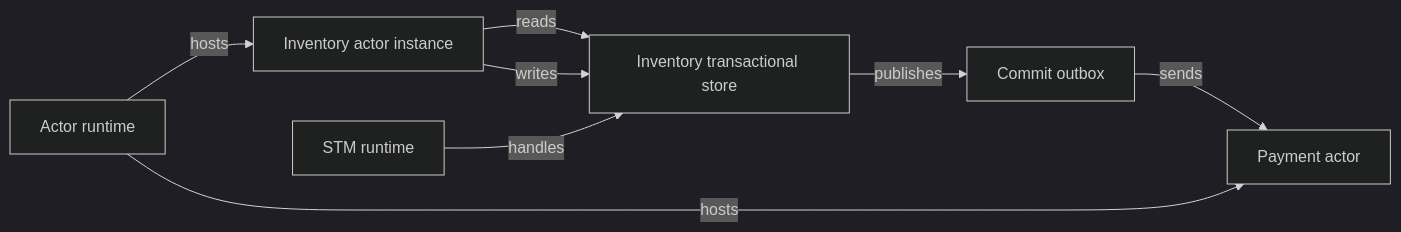
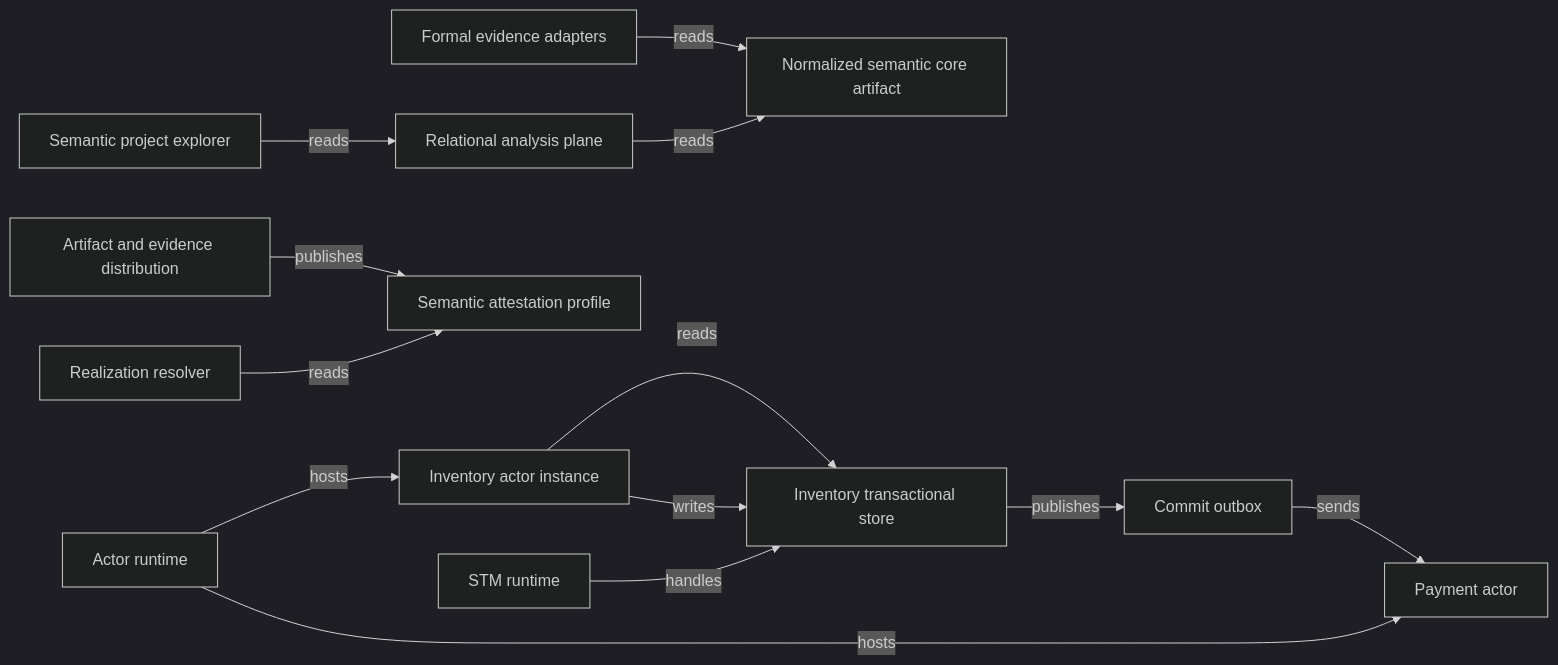
One commit to phibkro/semantic-systems changed the diagram in generated/07-runtime-view.md. Above: the diagram before and after it, drawn with Mermaid (dark theme). The commit also changed 7 other files, not shown here.

````diff
--- a/generated/07-runtime-view.md
+++ b/generated/07-runtime-view.md
@@ -7,16 +7,28 @@
 ```mermaid
 flowchart LR
+    artifact_normalized_core["Normalized semantic core artifact"]
+    component_artifact_distribution["Artifact and evidence distribution"]
+    component_explorer["Semantic project explorer"]
+    component_formal_evidence["Formal evidence adapters"]
+    component_relational_analysis["Relational analysis plane"]
+    component_resolver["Realization resolver"]
+    package_semantic_attestation_profile["Semantic attestation profile"]
     runtime_actors["Actor runtime"]
     runtime_inventory_actor["Inventory actor instance"]
     runtime_inventory_outbox["Commit outbox"]
     runtime_inventory_store["Inventory transactional store"]
     runtime_payment_actor["Payment actor"]
     runtime_stm["STM runtime"]
+    component_formal_evidence -->|reads| artifact_normalized_core
+    component_relational_analysis -->|reads| artifact_normalized_core
+    component_artifact_distribution -->|publishes| package_semantic_attestation_profile
+    component_resolver -->|reads| package_semantic_attestation_profile
+    component_explorer -->|reads| component_relational_analysis
     runtime_inventory_actor -->|reads| runtime_inventory_store
     runtime_inventory_actor -->|writes| runtime_inventory_store
     runtime_stm -->|handles| runtime_inventory_store
     runtime_inventory_store -->|publishes| runtime_inventory_outbox
     runtime_inventory_outbox -->|sends| runtime_payment_actor
     runtime_actors -->|hosts| runtime_inventory_actor
     runtime_actors -->|hosts| runtime_payment_actor
 ```
````
